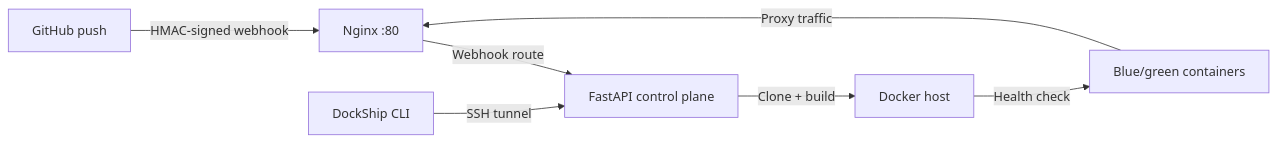
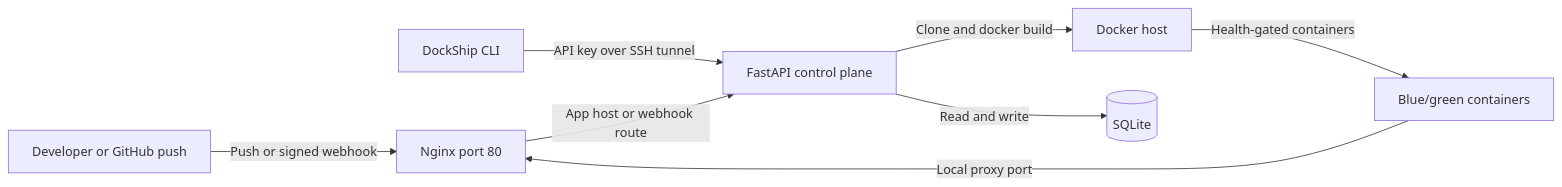
One commit to RAJPRASHUL/DockShip changed the diagram in README.md. Above: the diagram before and after it, drawn with Mermaid. The commit also changed other lines of this file, not shown here.

````diff
--- a/README.md
+++ b/README.md
@@ -10,9 +33,10 @@
 ```mermaid
 flowchart LR
-    GitHub["GitHub push"] -->|"HMAC-signed webhook"| Nginx["Nginx :80"]
-    Nginx -->|"Webhook route"| API["FastAPI control plane"]
-    API -->|"Clone + build"| Docker["Docker host"]
-    Docker -->|"Health check"| App["Blue/green containers"]
-    App -->|"Proxy traffic"| Nginx
-    CLI["DockShip CLI"] -->|"SSH tunnel"| API
+    Developer[Developer or GitHub push] -->|Push or signed webhook| Nginx[Nginx port 80]
+    CLI[DockShip CLI] -->|API key over SSH tunnel| API[FastAPI control plane]
+    Nginx -->|App host or webhook route| API
+    API -->|Clone and docker build| Docker[Docker host]
+    Docker -->|Health-gated containers| Release[Blue/green containers]
+    Release -->|Local proxy port| Nginx
+    API -->|Read and write| SQLite[(SQLite)]
 ```
````
